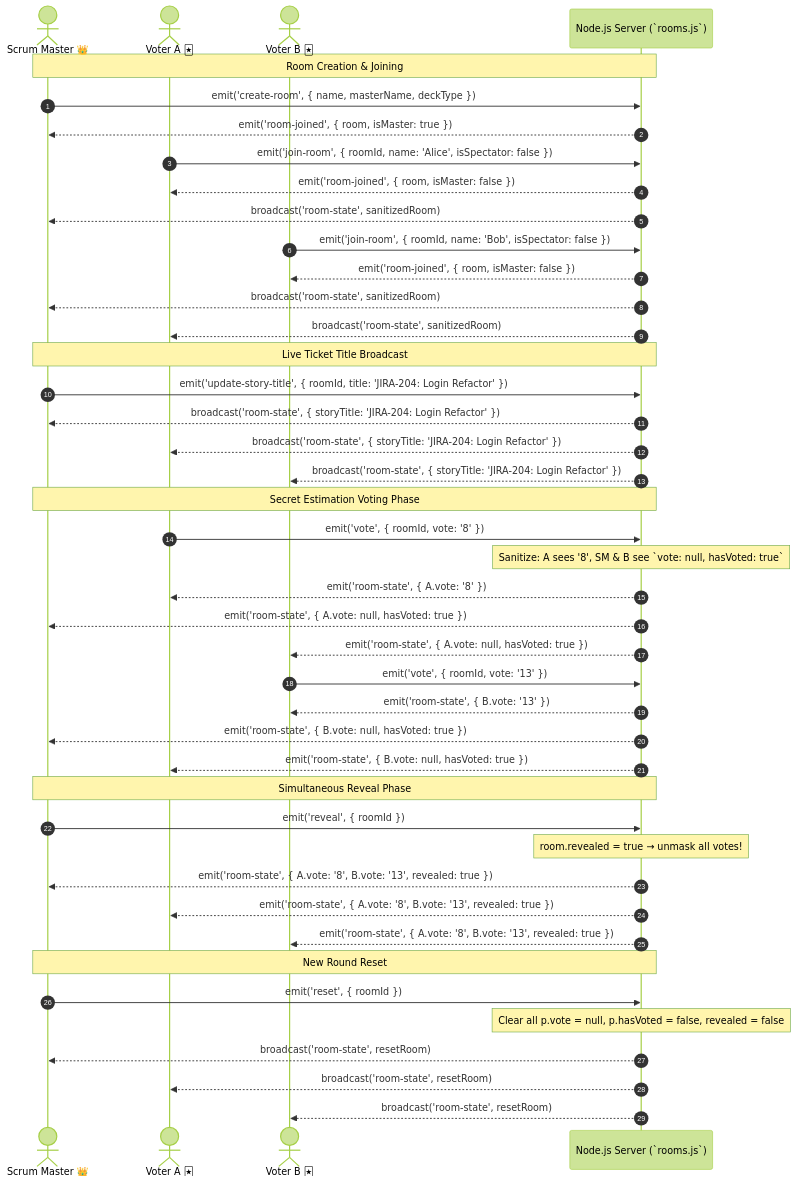
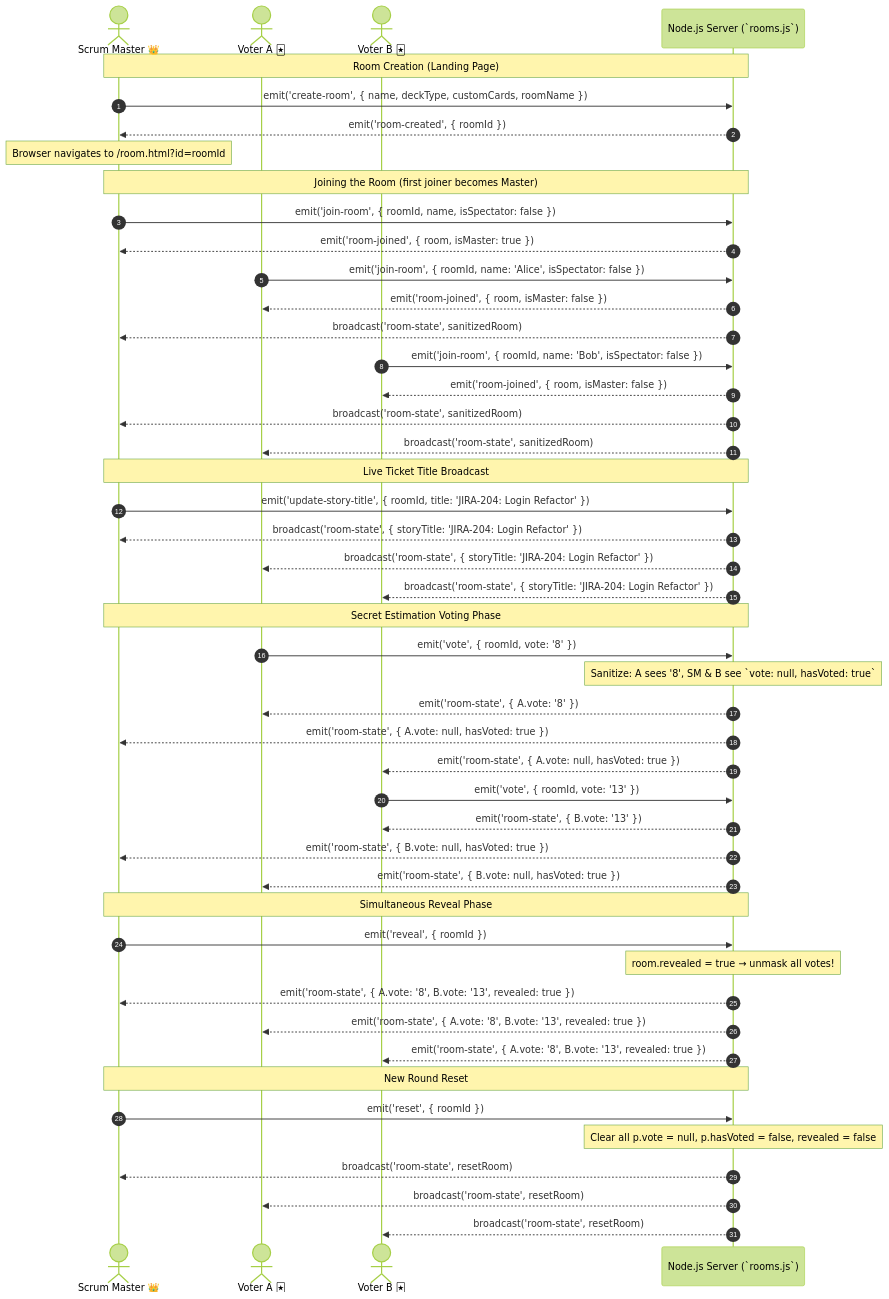
Before and after one commit to Stuxles/scrum-tools: the first of 4 diagrams in docs/wiki/socket-flows.md, drawn with Mermaid (forest theme). The commit also changed other lines of this file and 3 other files, not shown here.

First line of the commit message:
docs: fix diagram inaccuracies across the wiki

````diff
--- a/docs/wiki/socket-flows.md
+++ b/docs/wiki/socket-flows.md
@@ -11,53 +11,58 @@
 ```mermaid
 sequenceDiagram
     autonumber
     actor SM as Scrum Master 👑
     actor A as Voter A 🃏
     actor B as Voter B 🃏
     participant S as Node.js Server (`rooms.js`)
 
-    Note over SM,S: Room Creation & Joining
-    SM->>S: emit('create-room', { name, masterName, deckType })
+    Note over SM,S: Room Creation (Landing Page)
+    SM->>S: emit('create-room', { name, deckType, customCards, roomName })
+    S-->>SM: emit('room-created', { roomId })
+    Note over SM: Browser navigates to /room.html?id=roomId
+
+    Note over SM,S: Joining the Room (first joiner becomes Master)
+    SM->>S: emit('join-room', { roomId, name, isSpectator: false })
     S-->>SM: emit('room-joined', { room, isMaster: true })
-    
+
     A->>S: emit('join-room', { roomId, name: 'Alice', isSpectator: false })
     S-->>A: emit('room-joined', { room, isMaster: false })
     S-->>SM: broadcast('room-state', sanitizedRoom)
 
     B->>S: emit('join-room', { roomId, name: 'Bob', isSpectator: false })
     S-->>B: emit('room-joined', { room, isMaster: false })
     S-->>SM: broadcast('room-state', sanitizedRoom)
     S-->>A: broadcast('room-state', sanitizedRoom)
 
     Note over SM,S: Live Ticket Title Broadcast
     SM->>S: emit('update-story-title', { roomId, title: 'JIRA-204: Login Refactor' })
     S-->>SM: broadcast('room-state', { storyTitle: 'JIRA-204: Login Refactor' })
     S-->>A: broadcast('room-state', { storyTitle: 'JIRA-204: Login Refactor' })
     S-->>B: broadcast('room-state', { storyTitle: 'JIRA-204: Login Refactor' })
 
     Note over SM,S: Secret Estimation Voting Phase
     A->>S: emit('vote', { roomId, vote: '8' })
     Note over S: Sanitize: A sees '8', SM & B see `vote: null, hasVoted: true`
     S-->>A: emit('room-state', { A.vote: '8' })
     S-->>SM: emit('room-state', { A.vote: null, hasVoted: true })
     S-->>B: emit('room-state', { A.vote: null, hasVoted: true })
 
     B->>S: emit('vote', { roomId, vote: '13' })
     S-->>B: emit('room-state', { B.vote: '13' })
     S-->>SM: emit('room-state', { B.vote: null, hasVoted: true })
     S-->>A: emit('room-state', { B.vote: null, hasVoted: true })
 
     Note over SM,S: Simultaneous Reveal Phase
     SM->>S: emit('reveal', { roomId })
     Note over S: room.revealed = true → unmask all votes!
     S-->>SM: emit('room-state', { A.vote: '8', B.vote: '13', revealed: true })
     S-->>A: emit('room-state', { A.vote: '8', B.vote: '13', revealed: true })
     S-->>B: emit('room-state', { A.vote: '8', B.vote: '13', revealed: true })
 
     Note over SM,S: New Round Reset
     SM->>S: emit('reset', { roomId })
     Note over S: Clear all p.vote = null, p.hasVoted = false, revealed = false
     S-->>SM: broadcast('room-state', resetRoom)
     S-->>A: broadcast('room-state', resetRoom)
     S-->>B: broadcast('room-state', resetRoom)
 ```
````
